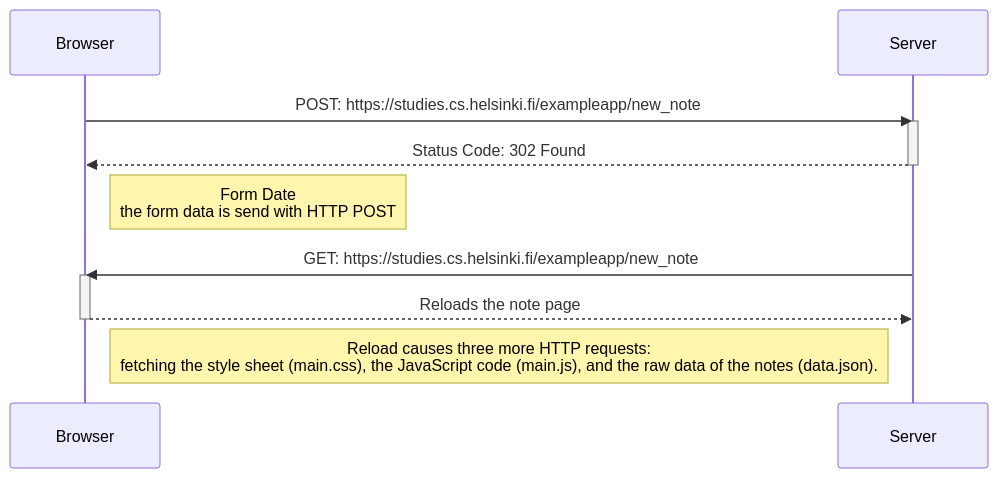
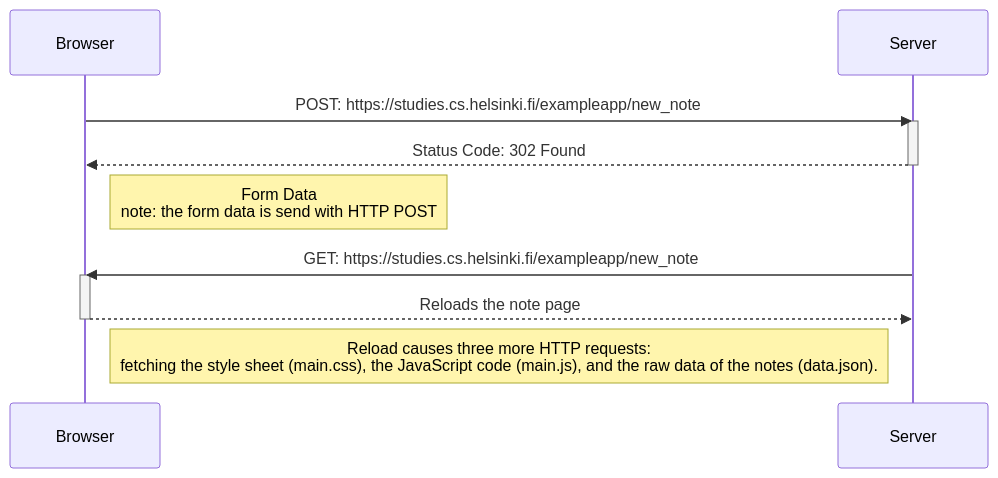
One commit to rahul-004x/fsopen-containers changed the diagram in Part0/new-note-diagram.md. Above: the diagram before and after it, drawn with Mermaid.

````diff
--- a/Part0/new-note-diagram.md
+++ b/Part0/new-note-diagram.md
@@ -1,22 +1,22 @@
 ```mermaid
 
 sequenceDiagram
     participant Browser
     participant Server
 
     Browser->>Server: POST: https://studies.cs.helsinki.fi/exampleapp/new_note
     activate Server
     Server-->>Browser: Status Code: 302 Found
     deactivate Server
 
-    Note right of Browser: Form Date <br/> the form data is send with HTTP POST
+    Note right of Browser: Form Data <br/> note: the form data is send with HTTP POST
 
     Server->>Browser: GET: https://studies.cs.helsinki.fi/exampleapp/new_note
     activate Browser
     Browser-->>Server: Reloads the note page
     deactivate Browser
 
     Note right of Browser: Reload causes three more HTTP requests:<br/> fetching the style sheet (main.css), the JavaScript code (main.js), and the raw data of the notes (data.json).
 
 
 ```
````
